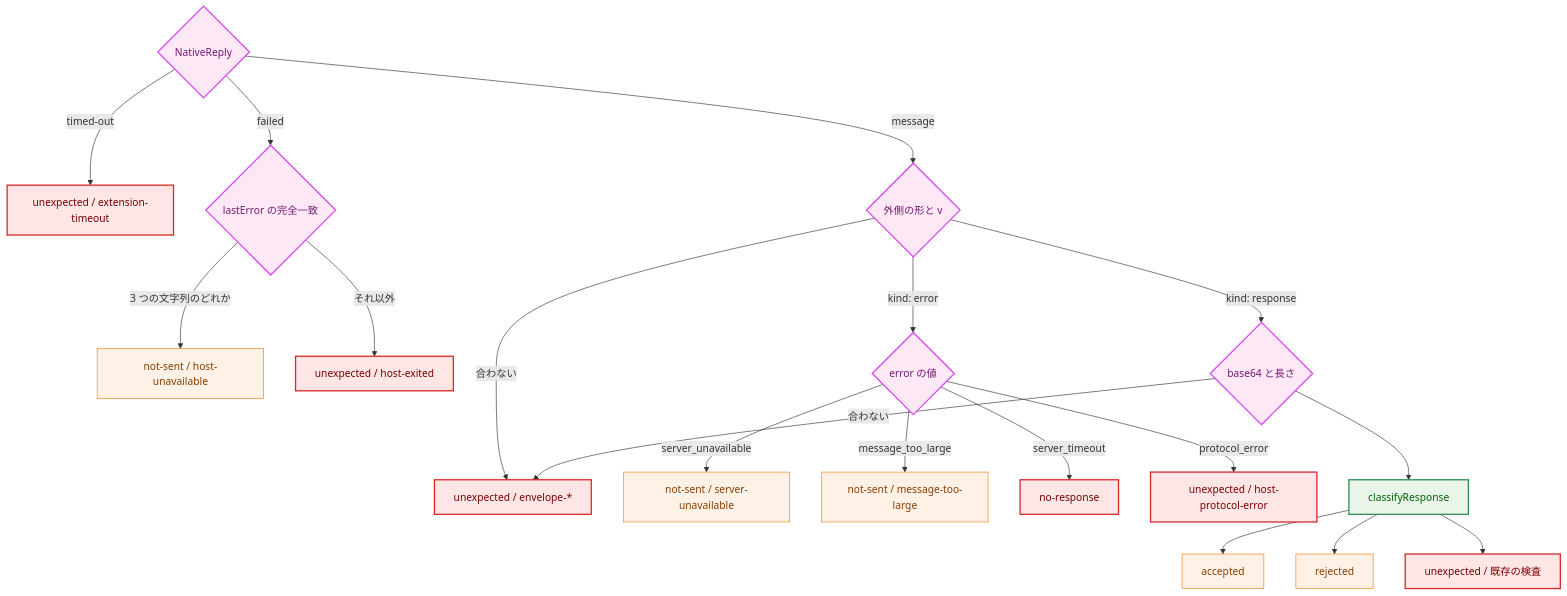
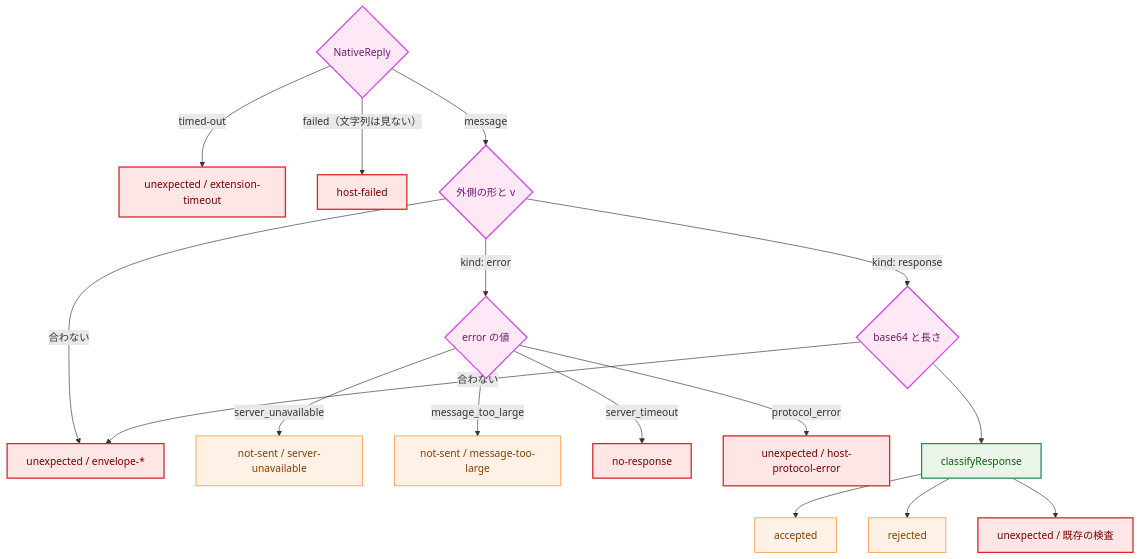
Diagram 11 of 12 in docs/tasks/0026_native_messaging_relay/02_architecture.md (isseis/yt2column), drawn with Mermaid before and after one commit. The commit also changed other lines of this file and 2 other files, not shown here.

First line of the commit message:
docs(0026): stop splitting lastError by its text and report it as a host failure

````diff
--- a/docs/tasks/0026_native_messaging_relay/02_architecture.md
+++ b/docs/tasks/0026_native_messaging_relay/02_architecture.md
@@ -1322,30 +1312,28 @@
 ```mermaid
 flowchart TD
     classDef process fill:#fff1e6,stroke:#ff7f0e,stroke-width:1px,color:#8a3e00;
     classDef enhanced fill:#e8f5e8,stroke:#2e8b57,stroke-width:2px,color:#006400;
     classDef problem fill:#ffe6e6,stroke:#d62728,stroke-width:2px,color:#7b0000;
     classDef newpkg fill:#ffe8f5,stroke:#d946ef,stroke-width:2px,color:#701a75;
 
     Reply{"NativeReply"} -->|"timed-out"| U1["unexpected / extension-timeout"]
-    Reply -->|"failed"| LE{"lastError の完全一致"}
-    LE -->|"3 つの文字列のどれか"| NS1["not-sent / host-unavailable"]
-    LE -->|"それ以外"| U5["unexpected / host-exited"]
+    Reply -->|"failed（文字列は見ない）"| HF["host-failed"]
     Reply -->|"message"| Env{"外側の形と v"}
     Env -->|"合わない"| U2["unexpected / envelope-*"]
     Env -->|"kind: error"| Err{"error の値"}
     Err -->|"server_unavailable"| NS2["not-sent / server-unavailable"]
     Err -->|"message_too_large"| NS3["not-sent / message-too-large"]
     Err -->|"server_timeout"| NR["no-response"]
     Err -->|"protocol_error"| U3["unexpected / host-protocol-error"]
     Env -->|"kind: response"| B64{"base64 と長さ"}
     B64 -->|"合わない"| U2
     B64 --> CR["classifyResponse"]
     CR --> ACC["accepted"]
     CR --> REJ["rejected"]
     CR --> U4["unexpected / 既存の検査"]
 
-    class Reply,LE,Env,Err,B64 newpkg
+    class Reply,Env,Err,B64 newpkg
     class CR enhanced
-    class NS1,NS2,NS3,ACC,REJ process
-    class U1,U2,U3,U4,U5,NR problem
+    class NS2,NS3,ACC,REJ process
+    class U1,U2,U3,U4,NR,HF problem
 ```
````
